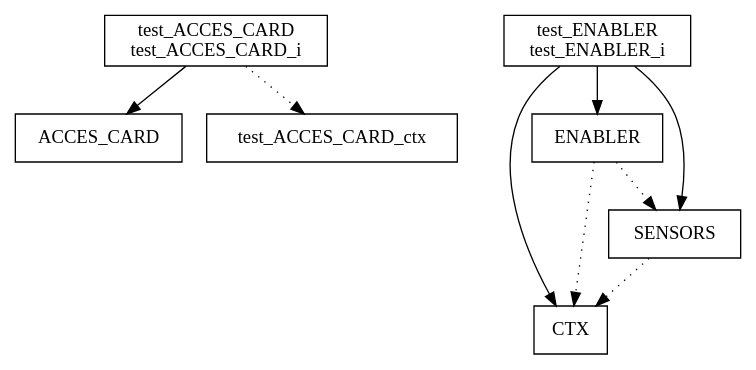
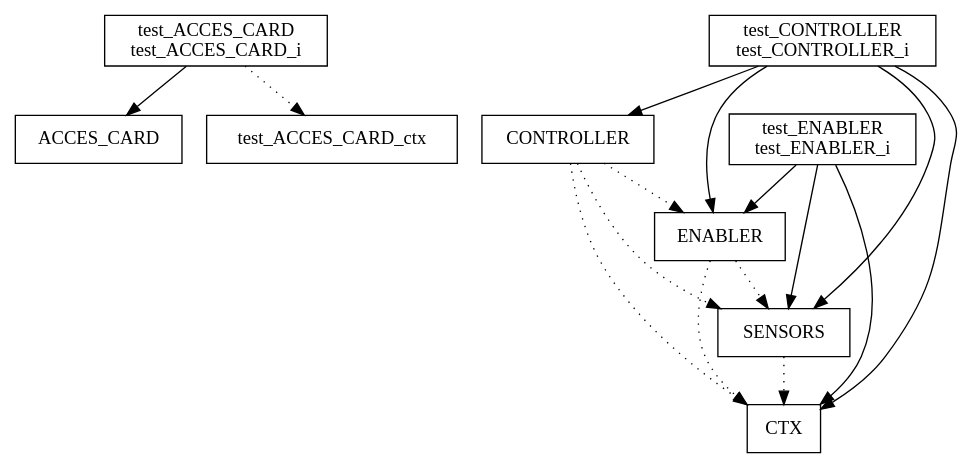
Before and after one commit to JoabUrbano/Hackathon_CLEARSY_2025: the diagram in bdp/rackathom.dot, drawn with Graphviz. The commit also changed 72 other files, not shown here.

```diff
--- a/bdp/rackathom.dot
+++ b/bdp/rackathom.dot
@@ -1,18 +1,27 @@
 digraph {
 ACCES_CARD [ label=" ACCES_CARD " shape= box ]
+CONTROLLER [ label=" CONTROLLER " shape= box ]
 CTX [ label=" CTX " shape= box ]
 ENABLER [ label=" ENABLER " shape= box ]
 SENSORS [ label=" SENSORS " shape= box ]
 test_ACCES_CARD_ctx [ label=" test_ACCES_CARD_ctx " shape= box ]
 test_ACCES_CARD_i [ label=" test_ACCES_CARD\ntest_ACCES_CARD_i " shape= box ]
+test_CONTROLLER_i [ label=" test_CONTROLLER\ntest_CONTROLLER_i " shape= box ]
 test_ENABLER_i [ label=" test_ENABLER\ntest_ENABLER_i " shape= box ]
 
+"CONTROLLER" -> "CTX" [style= dotted ]
+"CONTROLLER" -> "SENSORS" [style= dotted ]
+"CONTROLLER" -> "ENABLER" [style= dotted ]
 "ENABLER" -> "CTX" [style= dotted ]
 "ENABLER" -> "SENSORS" [style= dotted ]
 "SENSORS" -> "CTX" [style= dotted ]
 "test_ACCES_CARD_i" -> "test_ACCES_CARD_ctx" [style= dotted ]
 "test_ACCES_CARD_i" -> "ACCES_CARD" []
+"test_CONTROLLER_i" -> "CTX" []
+"test_CONTROLLER_i" -> "SENSORS" []
+"test_CONTROLLER_i" -> "ENABLER" []
+"test_CONTROLLER_i" -> "CONTROLLER" []
 "test_ENABLER_i" -> "CTX" []
 "test_ENABLER_i" -> "SENSORS" []
 "test_ENABLER_i" -> "ENABLER" []
 }
```
